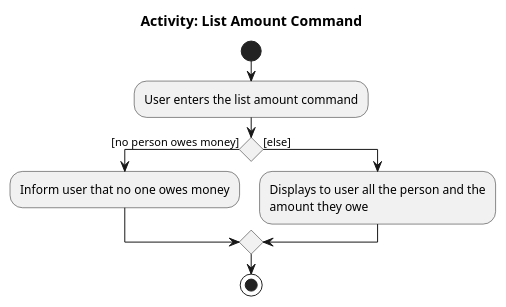
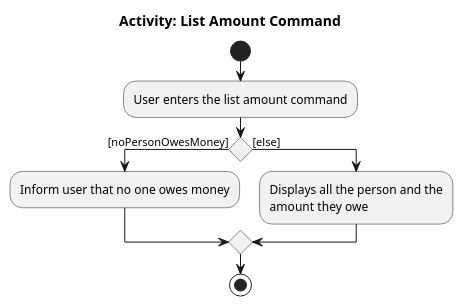
One commit to nus-cs2103-AY1920S2/addressbook-level3 changed the diagram in docs/diagrams/ExpenseSplitterListAmountCommandActivityDiagram.puml. Above: the diagram before and after it, drawn with PlantUML. The commit also changed 4 other files, not shown here.

```diff
--- a/docs/diagrams/ExpenseSplitterListAmountCommandActivityDiagram.puml
+++ b/docs/diagrams/ExpenseSplitterListAmountCommandActivityDiagram.puml
@@ -1,16 +1,16 @@
 @startuml
 /' @author @WillySeahh'/
 title Activity: List Amount Command
 
 start
 :User enters the list amount command;
 
-if () then ([no person owes money])
+if () then ([noPersonOwesMoney])
     :Inform user that no one owes money;
 else ([else])
-    :Displays to user all the person and the
+    :Displays all the person and the
     amount they owe;
 
 endif
 stop
 @enduml
```
